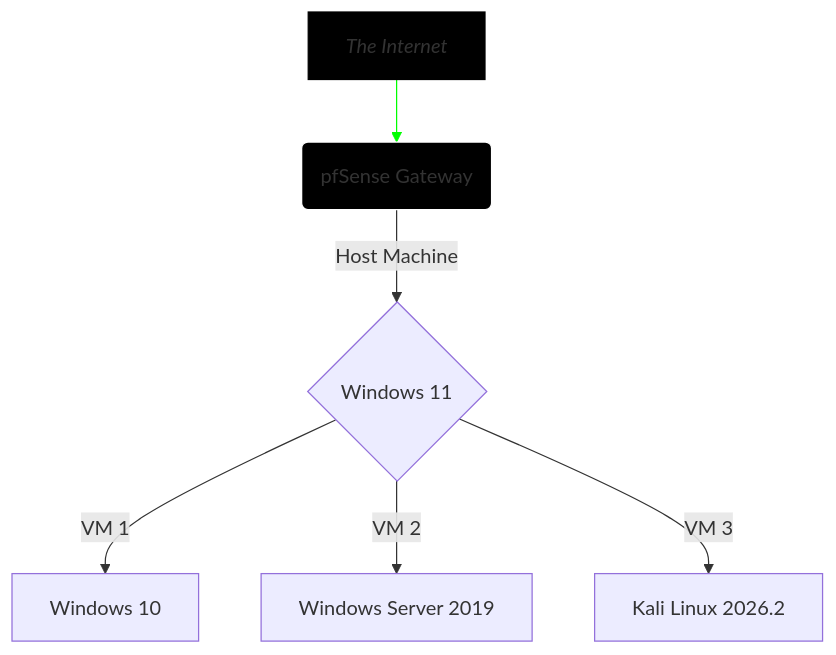
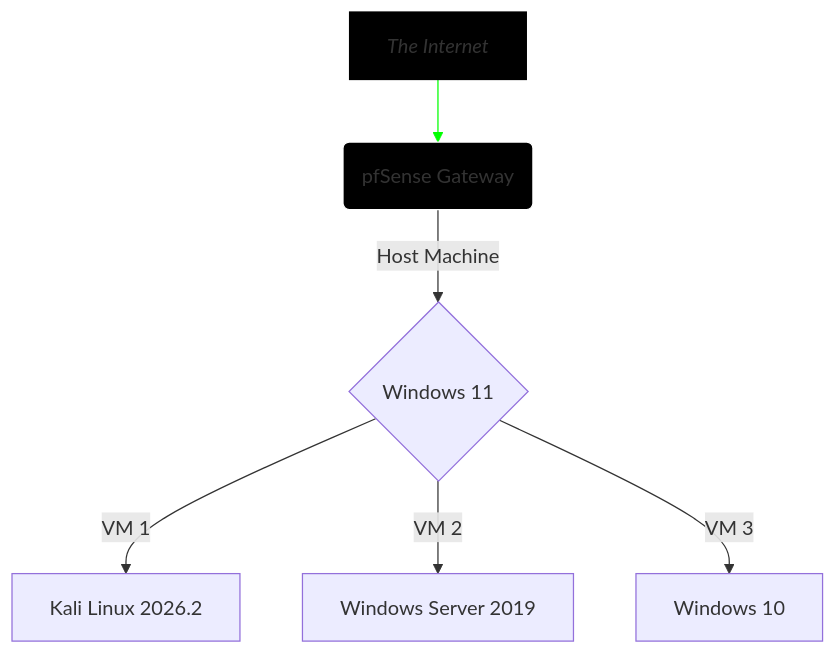
Before and after one commit to mm-422/mm-422.github.io: the diagram in _posts/2026-06-24-"Vulnerability Assessments Nessus".md, drawn with Mermaid.

Commit message:
Update VM names in vulnerability assessment post

````diff
--- a/_posts/2026-06-24-"Vulnerability Assessments Nessus".md
+++ b/_posts/2026-06-24-"Vulnerability Assessments Nessus".md
@@ -17,11 +17,11 @@
 ```mermaid
 flowchart TD
   A[The Internet] --> B(pfSense Gateway)
   style A fill:#000000, stroke:#000000, font-style: italic;
   style B fill:#000000, stroke:white;  
     linkStyle 0 stroke:lime;
   B -->|Host Machine| C{Windows 11}
-  C --> |VM 1| D[Windows 10]
+  C --> |VM 1| D[Kali Linux 2026.2]
   C --> |VM 2| E[Windows Server 2019]
-  C --> |VM 3| F[Kali Linux 2026.2]
+  C --> |VM 3| F[Windows 10]
 ```
````
